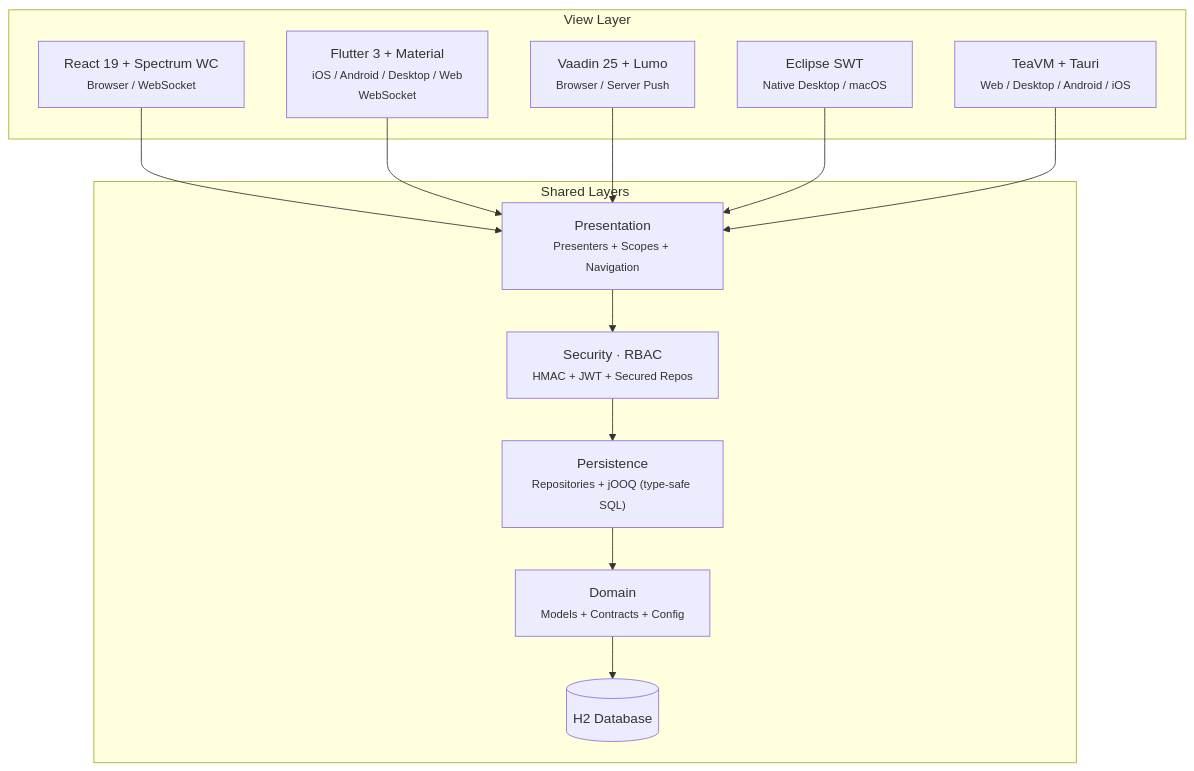
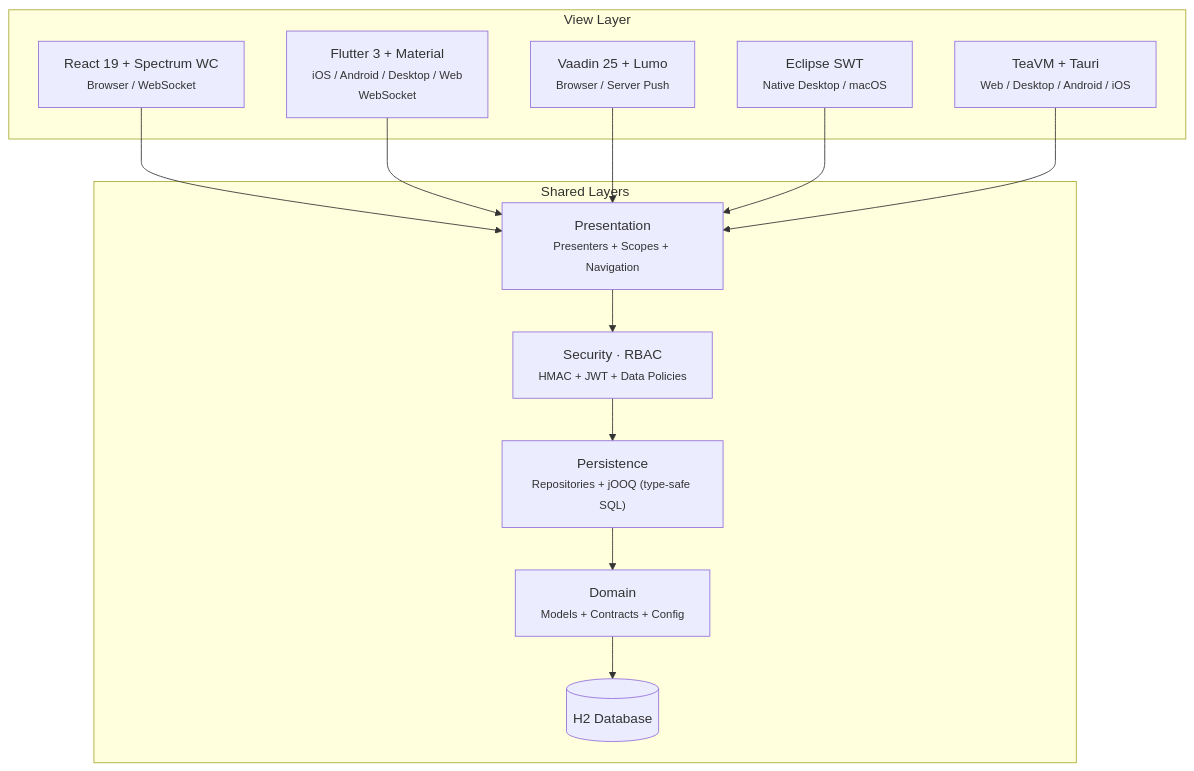
One commit to mrcdom/wdc-cube-java-v2 changed the first of 3 diagrams in README.md. Above: the diagram before and after it, drawn with Mermaid. The commit also changed other lines of this file and 21 other files, not shown here.

First line of the commit message:
📝 [DOCS] architecture decision records

````diff
--- a/README.md
+++ b/README.md
@@ -15,25 +16,25 @@
 ```mermaid
 graph TD
     subgraph Views["View Layer"]
         R["React 19 + Spectrum WC<br/><small>Browser / WebSocket</small>"]
         FL["Flutter 3 + Material<br/><small>iOS / Android / Desktop / Web<br/>WebSocket</small>"]
         V["Vaadin 25 + Lumo<br/><small>Browser / Server Push</small>"]
         SW["Eclipse SWT<br/><small>Native Desktop / macOS</small>"]
         TVM["TeaVM + Tauri<br/><small>Web / Desktop / Android / iOS</small>"]
     end
 
     subgraph Core["Shared Layers"]
         P["Presentation<br/><small>Presenters + Scopes + Navigation</small>"]
-        SEC["Security · RBAC<br/><small>HMAC + JWT + Secured Repos</small>"]
+        SEC["Security · RBAC<br/><small>HMAC + JWT + Data Policies</small>"]
         PER["Persistence<br/><small>Repositories + jOOQ (type-safe SQL)</small>"]
         DOM["Domain<br/><small>Models + Contracts + Config</small>"]
         DB[("H2 Database")]
     end
 
     R --> P
     FL --> P
     V --> P
     SW --> P
     TVM --> P
     P --> SEC --> PER --> DOM --> DB
 ```
````
